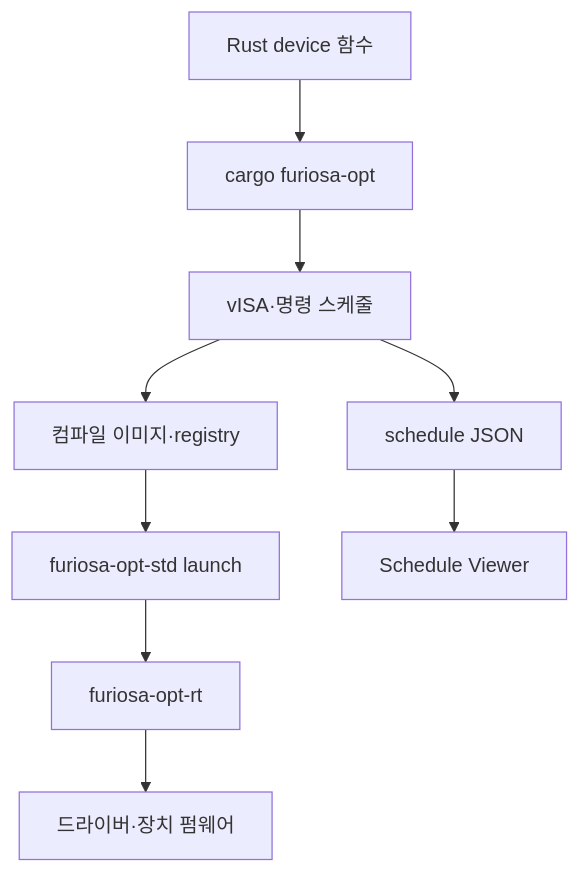
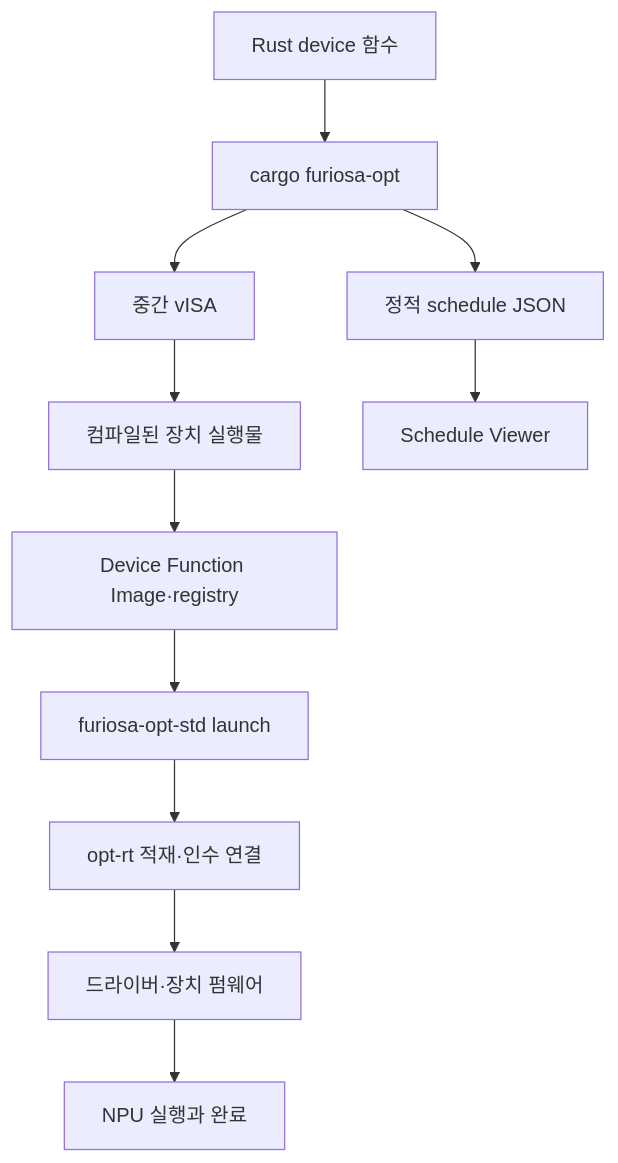
Before and after one commit to smallstep-zzz/furyno5-handbook: the first of 2 diagrams in content/08-eisa-visa.md, drawn with Mermaid. The commit also changed other lines of this file and 68 other files, not shown here.

````diff
--- a/content/08-eisa-visa.md
+++ b/content/08-eisa-visa.md
@@ -23,11 +25,13 @@
 ```mermaid
 flowchart TB
     S["Rust device 함수"] --> C["cargo furiosa-opt"]
-    C --> V["vISA·명령 스케줄"]
-    V --> I["컴파일 이미지·registry"]
+    C --> V["중간 vISA"]
+    V --> E["컴파일된 장치 실행물"]
+    E --> I["Device Function Image·registry"]
     I --> R["furiosa-opt-std launch"]
-    R --> T["furiosa-opt-rt"]
+    R --> T["opt-rt 적재·인수 연결"]
     T --> D["드라이버·장치 펌웨어"]
-    V --> J["schedule JSON"]
+    D --> N["NPU 실행과 완료"]
+    C --> J["정적 schedule JSON"]
     J --> W["Schedule Viewer"]
 ```
````
